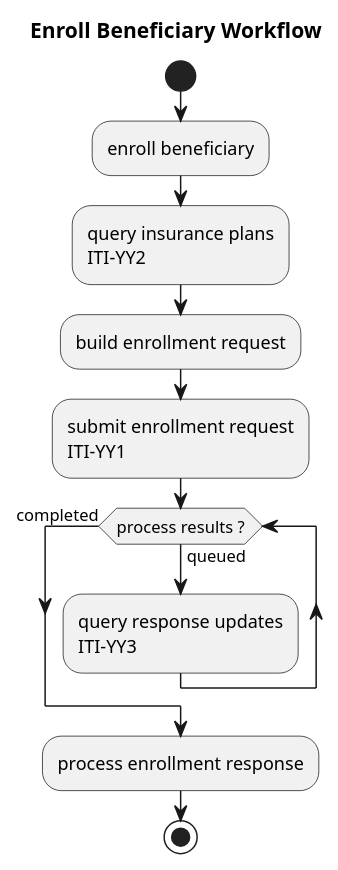
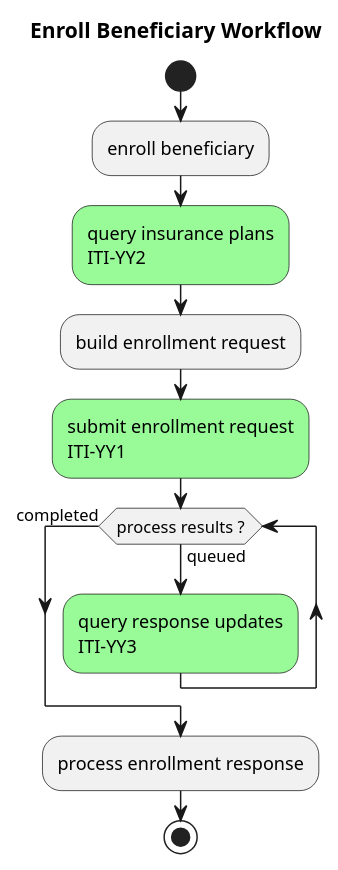
Before and after one commit to IHE/ITI.Finance: the diagram in input/images-source/overview-enroll.plantuml, drawn with PlantUML. The commit also changed 8 other files, not shown here.

Commit message:
Added in examples based on the use cases.  Updated ignore warnings.  Updated profiles based on corrections determined by examples.  Updated overview workflow diagrams to add color on the transactions.

```diff
--- a/input/images-source/overview-enroll.plantuml
+++ b/input/images-source/overview-enroll.plantuml
@@ -1,16 +1,16 @@
 @startuml
 
 title Enroll Beneficiary Workflow
 
 start
 :enroll beneficiary;
-:query insurance plans\nITI-YY2;
+#palegreen:query insurance plans\nITI-YY2;
 :build enrollment request;
-:submit enrollment request\nITI-YY1;
+#palegreen:submit enrollment request\nITI-YY1;
 while (process results ?) is (queued)
-  :query response updates\nITI-YY3;
+  #palegreen:query response updates\nITI-YY3;
 endwhile (completed)
 :process enrollment response;
 stop
 
 @enduml
```
